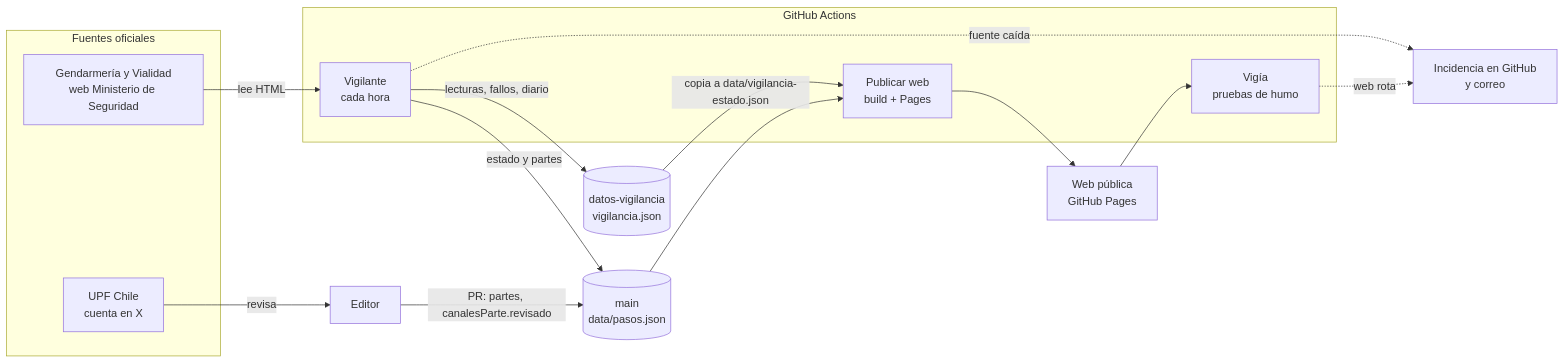
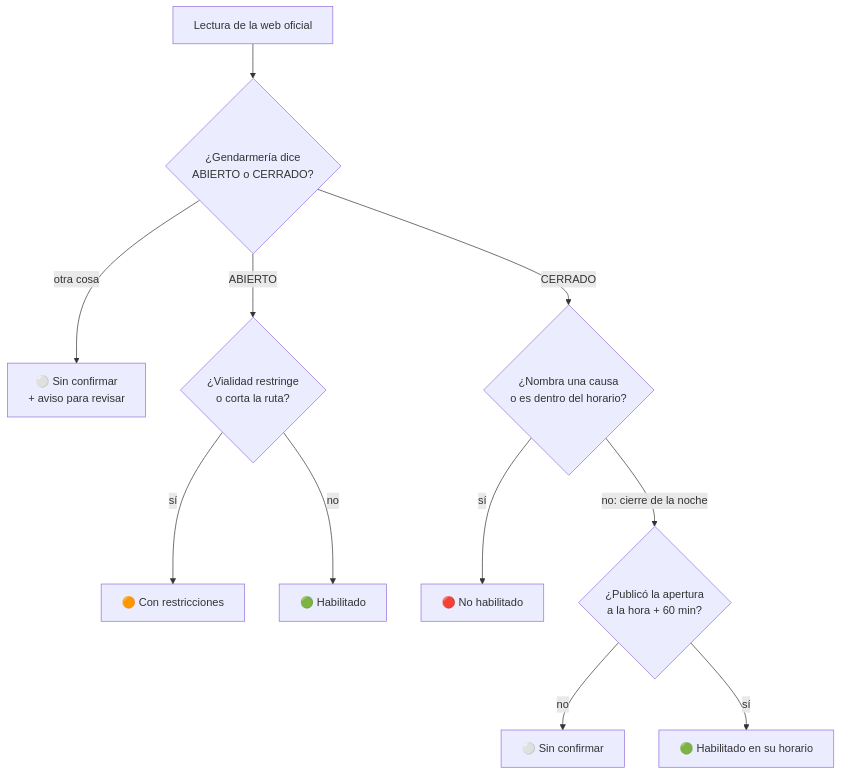
The diagram in docs/regla-estado-pasos.md (elezcano/GuiaCorredor), drawn with Mermaid before and after one commit. The commit also changed other lines of this file and 2 other files, not shown here.

First line of the commit message:
Regla del estado de los pasos, más sencilla (versión 1.2) (#272)

````diff
--- a/docs/regla-estado-pasos.md
+++ b/docs/regla-estado-pasos.md
@@ -108,24 +43,13 @@
 ```mermaid
-flowchart LR
-  subgraph Fuentes oficiales
-    GN[Gendarmería y Vialidad<br/>web Ministerio de Seguridad]
-    UPF[UPF Chile<br/>cuenta en X]
-  end
-  subgraph GitHub Actions
-    V[Vigilante<br/>cada hora]
-    P[Publicar web<br/>build + Pages]
-    VG[Vigía<br/>pruebas de humo]
-  end
-  E[Editor]
-  GN -->|lee HTML| V
-  V -->|estado y partes| M[(main<br/>data/pasos.json)]
-  V -->|lecturas, fallos, diario| DV[(datos-vigilancia<br/>vigilancia.json)]
-  UPF -->|revisa| E
-  E -->|PR: partes, canalesParte.revisado| M
-  M --> P
-  DV -->|copia a data/vigilancia-estado.json| P
-  P --> W[Web pública<br/>GitHub Pages]
-  W --> VG
-  V -. fuente caída .-> I[Incidencia en GitHub<br/>y correo]
-  VG -. web rota .-> I
+flowchart TD
+  L[Lectura de la web oficial] --> V{¿Gendarmería dice<br/>ABIERTO o CERRADO?}
+  V -->|otra cosa| SC1[⚪ Sin confirmar<br/>+ aviso para revisar]
+  V -->|ABIERTO| R{¿Vialidad restringe<br/>o corta la ruta?}
+  R -->|sí| CR[🟠 Con restricciones]
+  R -->|no| H[🟢 Habilitado]
+  V -->|CERRADO| C{¿Nombra una causa<br/>o es dentro del horario?}
+  C -->|sí| NH[🔴 No habilitado]
+  C -->|no: cierre de la noche| A{¿Publicó la apertura<br/>a la hora + 60 min?}
+  A -->|no| SC2[⚪ Sin confirmar]
+  A -->|sí| H2[🟢 Habilitado en su horario]
 ```
````
